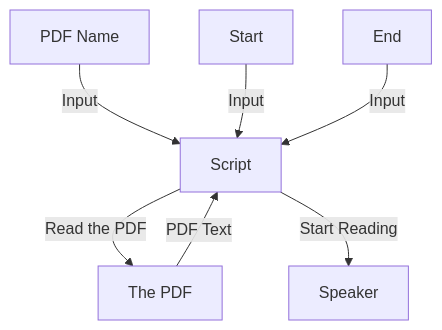
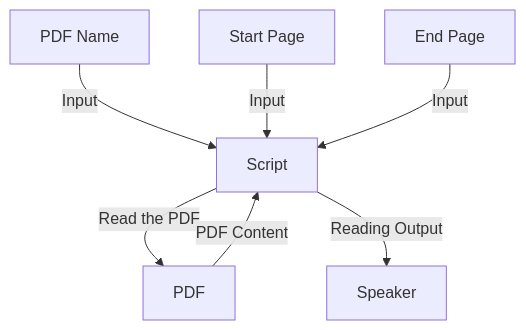
Before and after one commit to hero-programmers/Sayad-Uddin-Tahsin-audiobook: the diagram in README.md, drawn with Mermaid.

````diff
--- a/README.md
+++ b/README.md
@@ -9,16 +9,16 @@
 ```mermaid
 graph TD;
     name["PDF Name"]
-    startpage["Start"]
-    endpage["End"]
+    startpage["Start Page"]
+    endpage["End Page"]
     code["Script"]
-    pdf["The PDF"]
-    read["Speaker"]
+    pdf["PDF"]
+    speaker["Speaker"]
     
     name-- Input -->code;
     startpage-- Input -->code;
     endpage-- Input -->code;
     code-- Read the PDF -->pdf;
-    pdf-- PDF Text -->code;
-    code-- Start Reading -->read;
+    pdf-- PDF Content -->code;
+    code-- Reading Output -->speaker;
 ```
````
